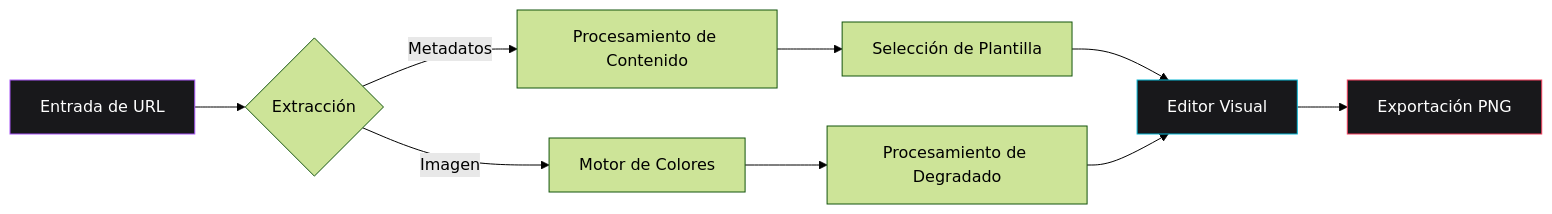
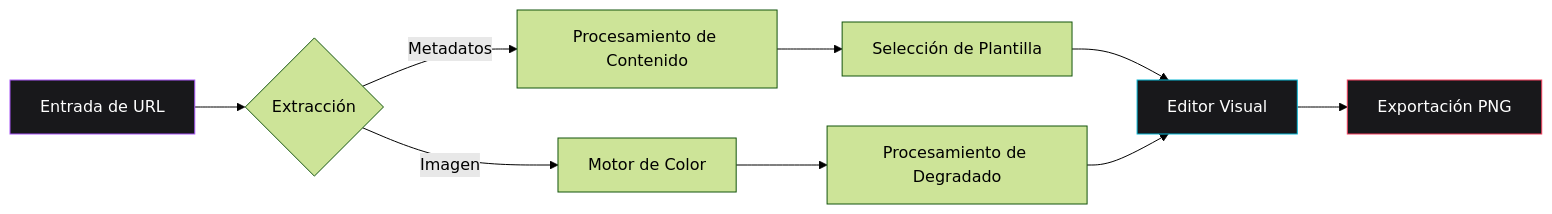
Before and after one commit to mafhper/spread: the diagram in README-es.md, drawn with Mermaid (forest theme). The commit also changed other lines of this file and 98 other files, not shown here.

````diff
--- a/README-es.md
+++ b/README-es.md
@@ -33,15 +56,15 @@
 ```mermaid
 graph LR
     A[Entrada de URL] --> B{Extracción}
     B -->|Metadatos| C[Procesamiento de Contenido]
-    B -->|Imagen| D[Motor de Colores]
+    B -->|Imagen| D[Motor de Color]
     C --> E[Selección de Plantilla]
     D --> F[Procesamiento de Degradado]
     E --> G[Editor Visual]
     F --> G
     G --> H[Exportación PNG]
 
     style A fill:#18181b,stroke:#a855f7,color:#fff
     style H fill:#18181b,stroke:#f43f5e,color:#fff
     style G fill:#18181b,stroke:#06b6d4,color:#fff
 ```
````
